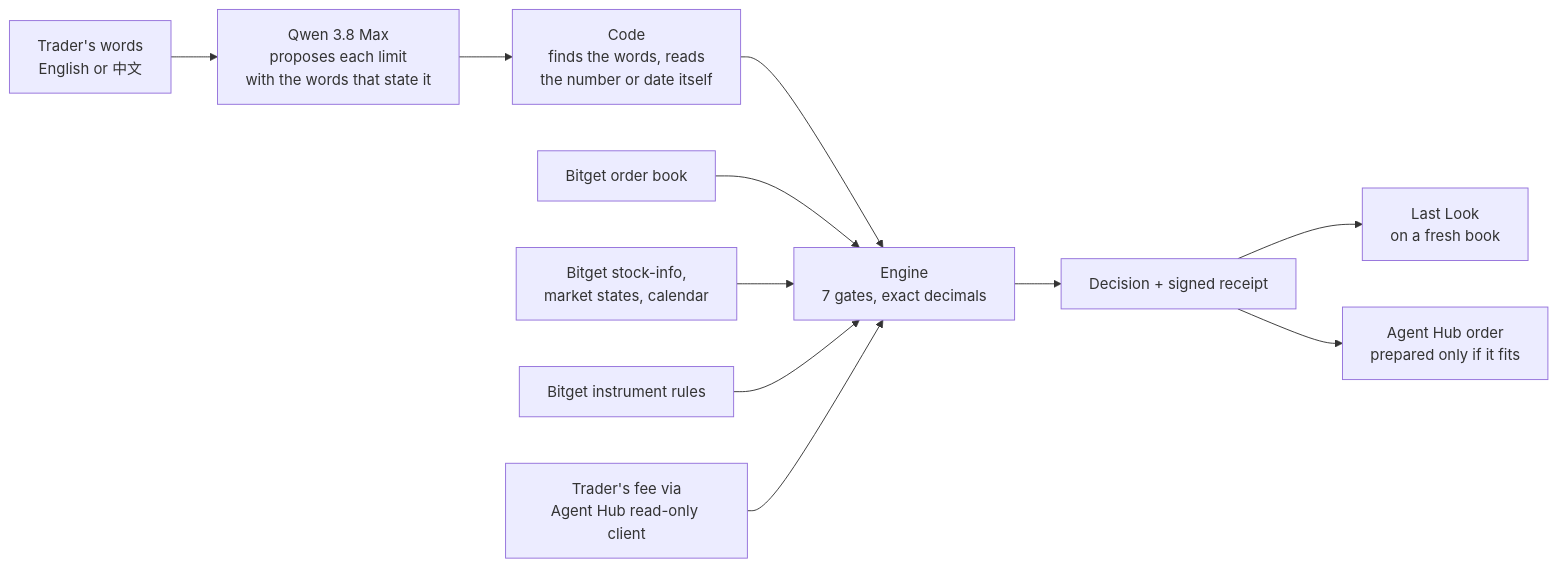
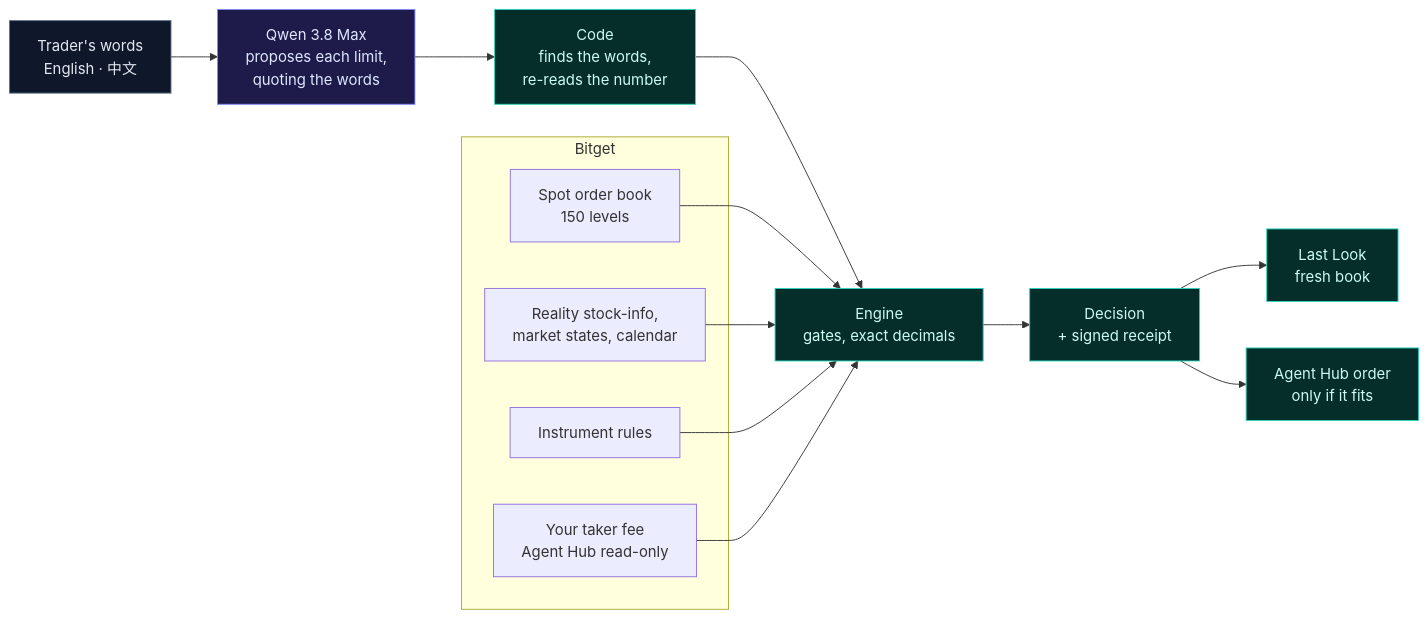
The diagram in README.md (Cassxbt/sounding), drawn with Mermaid before and after one commit. The commit also changed other lines of this file and 2 other files, not shown here.

````diff
--- a/README.md
+++ b/README.md
@@ -27,13 +37,19 @@
 ```mermaid
 flowchart LR
-  W["Trader's words<br/>English or 中文"] --> Q["Qwen 3.8 Max<br/>proposes each limit<br/>with the words that state it"]
-  Q --> C["Code<br/>finds the words, reads<br/>the number or date itself"]
-  C --> E["Engine<br/>7 gates, exact decimals"]
-  B1["Bitget order book"] --> E
-  B2["Bitget stock-info,<br/>market states, calendar"] --> E
-  B3["Bitget instrument rules"] --> E
-  F["Trader's fee via<br/>Agent Hub read-only client"] --> E
-  E --> D["Decision + signed receipt"]
-  D --> L["Last Look<br/>on a fresh book"]
-  D --> P["Agent Hub order<br/>prepared only if it fits"]
+  W["Trader's words<br/>English · 中文"]:::you --> Q["Qwen 3.8 Max<br/>proposes each limit,<br/>quoting the words"]:::model
+  Q --> C["Code<br/>finds the words,<br/>re-reads the number"]:::code
+  subgraph Bitget["Bitget"]
+    B1["Spot order book<br/>150 levels"]
+    B2["Reality stock-info,<br/>market states, calendar"]
+    B3["Instrument rules"]
+    F["Your taker fee<br/>Agent Hub read-only"]
+  end
+  C --> E["Engine<br/>gates, exact decimals"]:::code
+  B1 & B2 & B3 & F --> E
+  E --> D["Decision<br/>+ signed receipt"]:::code
+  D --> L["Last Look<br/>fresh book"]:::code
+  D --> P["Agent Hub order<br/>only if it fits"]:::code
+  classDef you fill:#0f172a,stroke:#64748b,color:#e2e8f0
+  classDef model fill:#1e1b4b,stroke:#818cf8,color:#e0e7ff
+  classDef code fill:#052e2b,stroke:#2dd4bf,color:#ccfbf1
 ```
````
